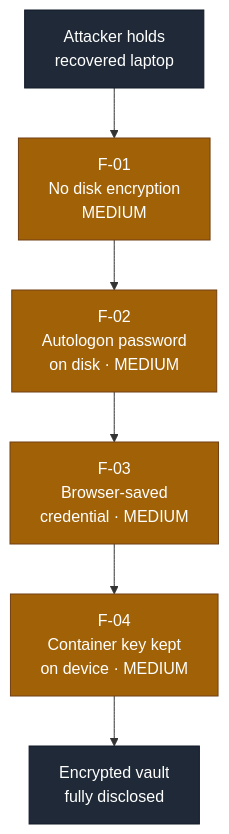
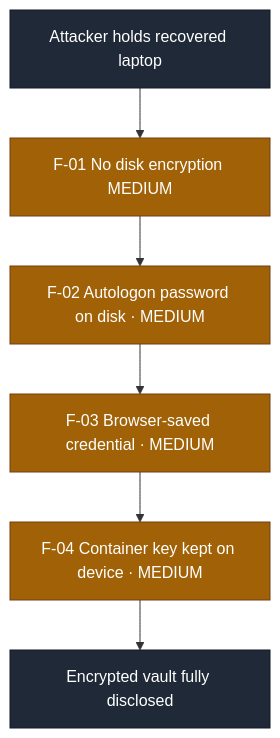
One commit to ouroboros-white/cybersecurity-portfolio changed the first of 2 diagrams in reports/device-loss-data-at-rest-2026-08.md. Above: the diagram before and after it, drawn with Mermaid. The commit also changed 5 other files, not shown here.

First line of the commit message:
fix: drop <br/> from mermaid labels so diagrams render everywhere

````diff
--- a/reports/device-loss-data-at-rest-2026-08.md
+++ b/reports/device-loss-data-at-rest-2026-08.md
@@ -62,12 +62,12 @@
 ```mermaid
 flowchart TD
-    S["Attacker holds<br/>recovered laptop"] --> F1["F-01<br/>No disk encryption<br/>MEDIUM"]
-    F1 --> F2["F-02<br/>Autologon password<br/>on disk · MEDIUM"]
-    F2 --> F3["F-03<br/>Browser-saved<br/>credential · MEDIUM"]
-    F3 --> F4["F-04<br/>Container key kept<br/>on device · MEDIUM"]
-    F4 --> R["Encrypted vault<br/>fully disclosed"]
+    S["Attacker holds recovered laptop"] --> F1["F-01 No disk encryption MEDIUM"]
+    F1 --> F2["F-02 Autologon password on disk · MEDIUM"]
+    F2 --> F3["F-03 Browser-saved credential · MEDIUM"]
+    F3 --> F4["F-04 Container key kept on device · MEDIUM"]
+    F4 --> R["Encrypted vault fully disclosed"]
     classDef med fill:#a16207,stroke:#713f12,color:#ffffff;
     classDef term fill:#1f2937,stroke:#111827,color:#ffffff;
     class F1,F2,F3,F4 med;
     class S,R term;
 ```
````
